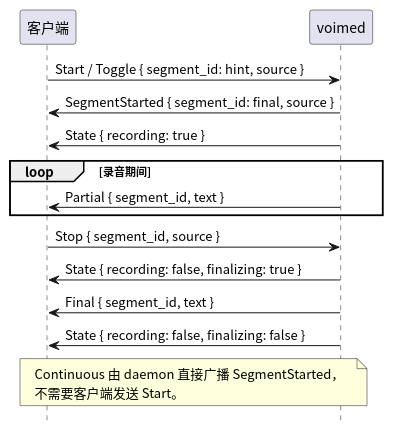
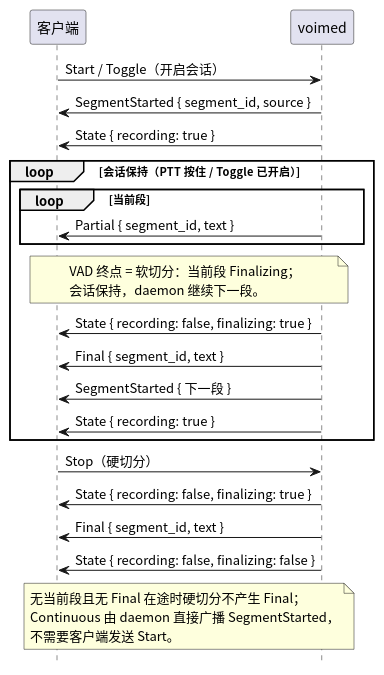
The diagram in crates/voime-ipc/diagram/segment-flow.puml (54m43lJ/voime), drawn with PlantUML before and after one commit. The commit also changed 39 other files, not shown here.

```diff
--- a/crates/voime-ipc/diagram/segment-flow.puml
+++ b/crates/voime-ipc/diagram/segment-flow.puml
@@ -1,26 +1,39 @@
 @startuml
 skinparam defaultFontName "Noto Sans CJK SC"
 skinparam shadowing false
 hide footbox
 
 participant "客户端" as Client
 participant "voimed" as Daemon
 
-Client -> Daemon : Start / Toggle { segment_id: hint, source }
-Daemon -> Client : SegmentStarted { segment_id: final, source }
+Client -> Daemon : Start / Toggle（开启会话）
+Daemon -> Client : SegmentStarted { segment_id, source }
 Daemon -> Client : State { recording: true }
 
-loop 录音期间
-  Daemon -> Client : Partial { segment_id, text }
+loop 会话保持（PTT 按住 / Toggle 已开启）
+  loop 当前段
+    Daemon -> Client : Partial { segment_id, text }
+  end
+
+  note over Client, Daemon
+    VAD 终点 = 软切分：当前段 Finalizing；
+    会话保持，daemon 继续下一段。
+  end note
+
+  Daemon -> Client : State { recording: false, finalizing: true }
+  Daemon -> Client : Final { segment_id, text }
+  Daemon -> Client : SegmentStarted { 下一段 }
+  Daemon -> Client : State { recording: true }
 end
 
-Client -> Daemon : Stop { segment_id, source }
+Client -> Daemon : Stop（硬切分）
 Daemon -> Client : State { recording: false, finalizing: true }
 Daemon -> Client : Final { segment_id, text }
 Daemon -> Client : State { recording: false, finalizing: false }
 
 note over Client, Daemon
+  无当前段且无 Final 在途时硬切分不产生 Final；
   Continuous 由 daemon 直接广播 SegmentStarted，
   不需要客户端发送 Start。
 end note
 @enduml
```
